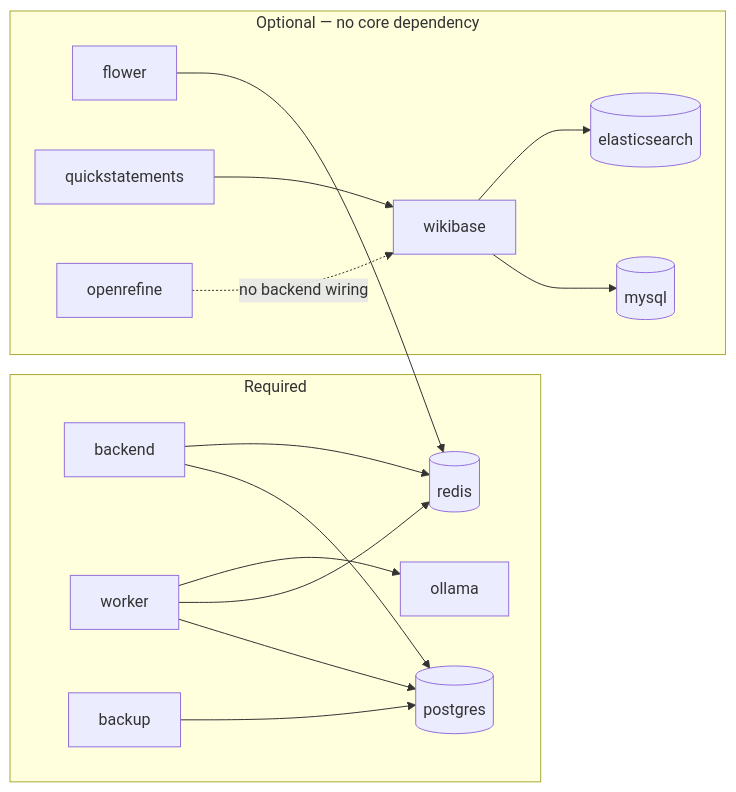
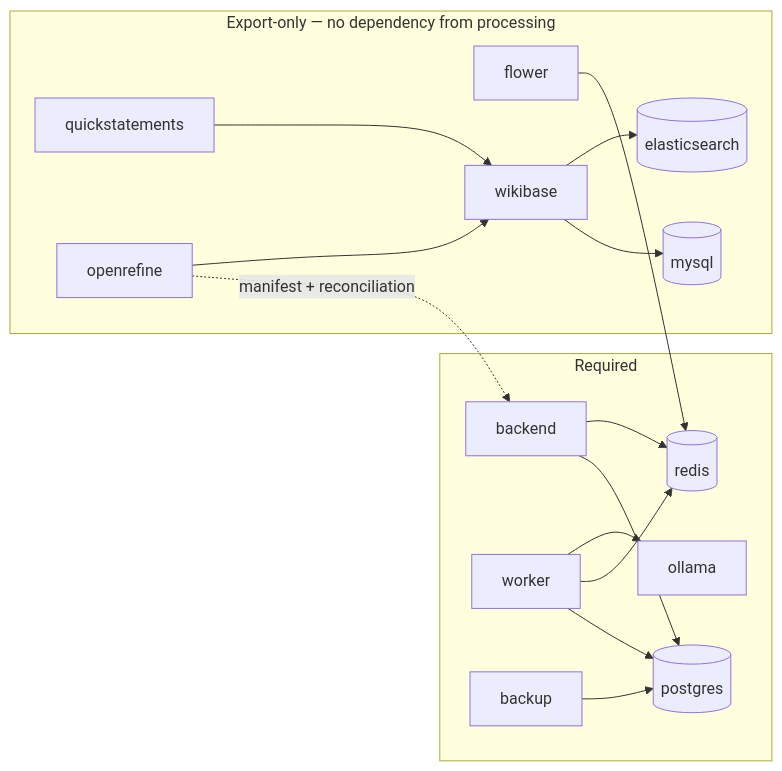
Before and after one commit to Agamya-Samuel/indic-book-metadata-extractor-v2: the diagram in docs/architecture/integrations.md, drawn with Mermaid. The commit also changed other lines of this file and 11 other files, not shown here.

````diff
--- a/docs/architecture/integrations.md
+++ b/docs/architecture/integrations.md
@@ -27,18 +30,19 @@
 ```mermaid
 flowchart LR
     subgraph required["Required"]
         BE[backend] --> PG[(postgres)]
         BE --> RD[(redis)]
         WK[worker] --> PG
         WK --> RD
         WK --> OL[ollama]
         BAK[backup] --> PG
     end
-    subgraph optional["Optional — no core dependency"]
+    subgraph optional["Export-only — no dependency from processing"]
         FL[flower] --> RD
         WB[wikibase] --> MY[(mysql)]
         WB --> ES[(elasticsearch)]
         QS[quickstatements] --> WB
-        OR[openrefine] -. "no backend wiring" .-> WB
+        OR[openrefine] -. "manifest + reconciliation" .-> BE
+    OR --> WB
     end
 ```
````
